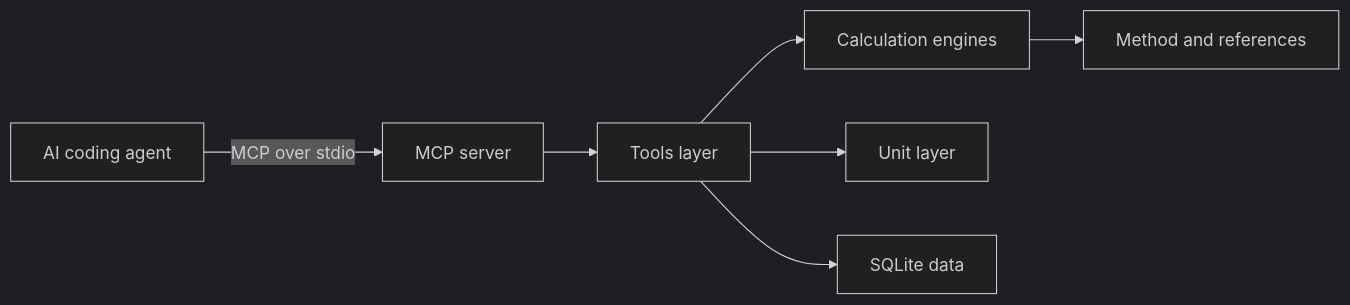
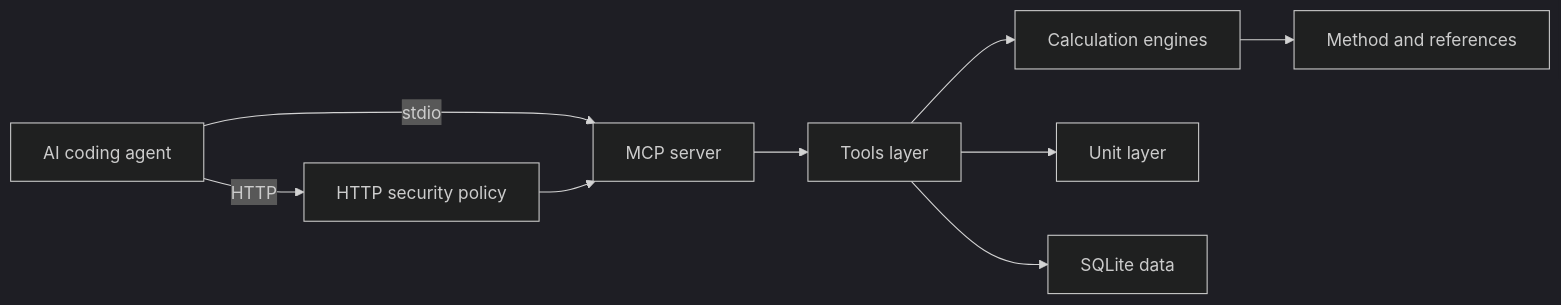
The diagram in README.md (DanielCuevas1208/engineer-mcp), drawn with Mermaid (dark theme) before and after one commit. The commit also changed other lines of this file and 37 other files, not shown here.

````diff
--- a/README.md
+++ b/README.md
@@ -70,9 +80,11 @@
 ```mermaid
 flowchart LR
-  Agent[AI coding agent] -->|MCP over stdio| Server[MCP server]
+  Agent[AI coding agent] -->|stdio| Server[MCP server]
+  Agent -->|HTTP| Security[HTTP security policy]
+  Security --> Server
   Server --> Tools[Tools layer]
   Tools --> Engines[Calculation engines]
   Tools --> Units[Unit layer]
   Tools --> Db[SQLite data]
   Engines --> Provenance[Method and references]
 ```
````
